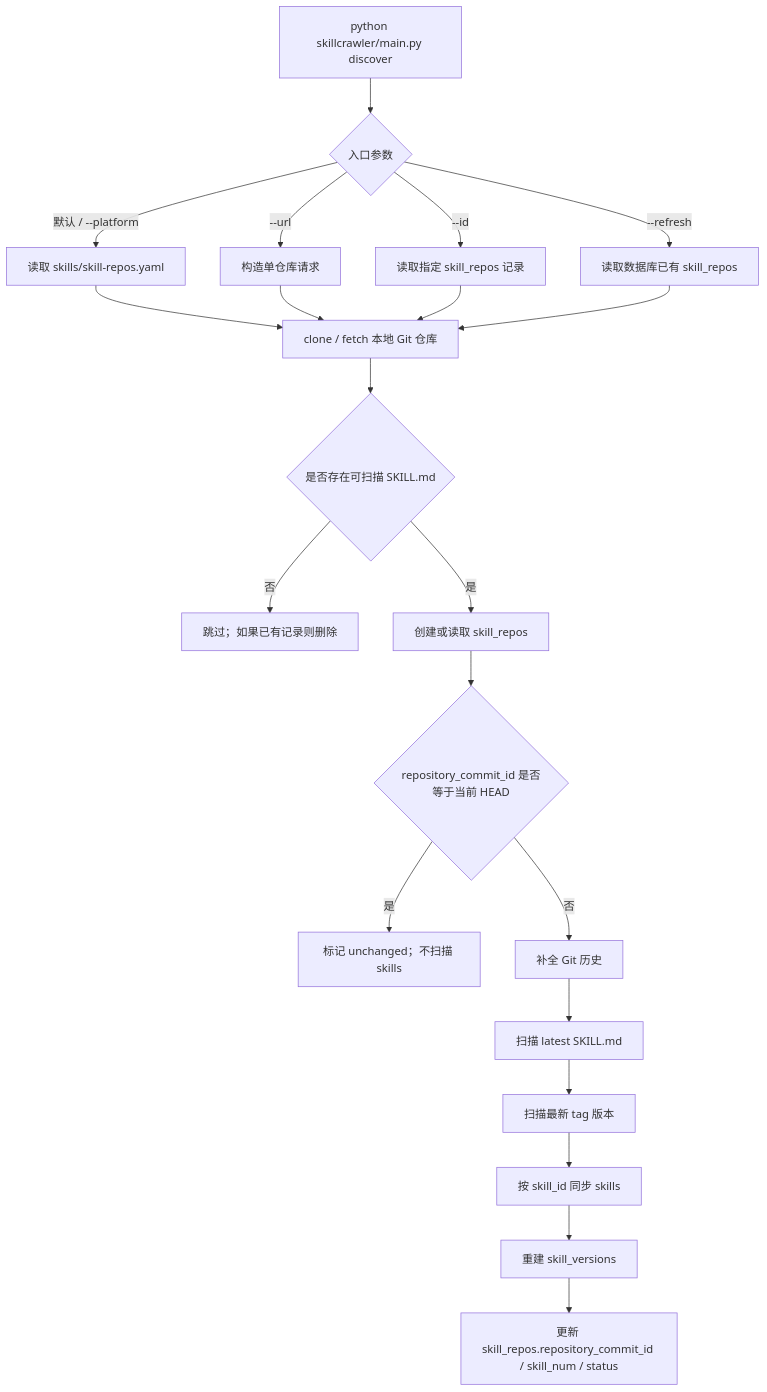
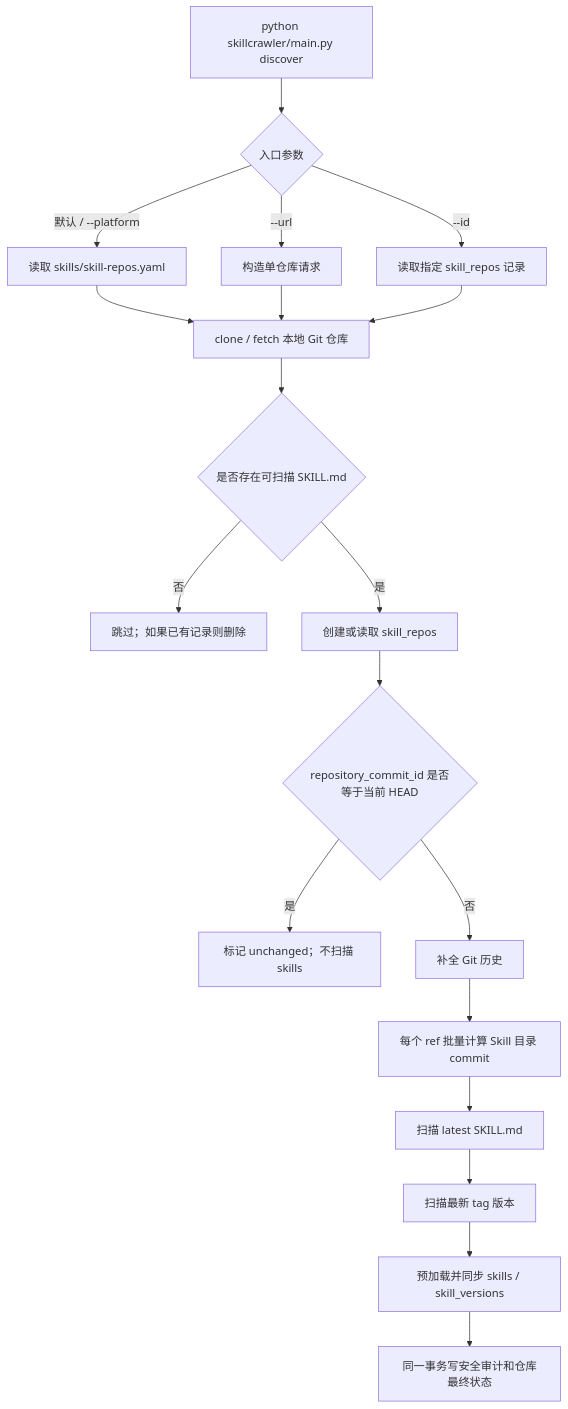
One commit to openeuler-mirror/wittyhub changed the first of 3 diagrams in skillcrawler/README.md. Above: the diagram before and after it, drawn with Mermaid. The commit also changed other lines of this file and 1 other file, not shown here.

Commit message:
refactor(skillcrawler): 移除 discover 的 --refresh 选项及相关逻辑
移除了用于刷新数据库已有仓库的 --refresh 选项、对应的处理函数、表格输出和文档说明，简化了发现流程并清理了未使用的代码路径。

````diff
--- a/skillcrawler/README.md
+++ b/skillcrawler/README.md
@@ -228,27 +220,25 @@
 ```mermaid
 flowchart TD
     A[python skillcrawler/main.py discover] --> B{入口参数}
     B -->|默认 / --platform| C[读取 skills/skill-repos.yaml]
     B -->|--url| D[构造单仓库请求]
     B -->|--id| E[读取指定 skill_repos 记录]
-    B -->|--refresh| F[读取数据库已有 skill_repos]
 
     C --> G[clone / fetch 本地 Git 仓库]
     D --> G
     E --> G
-    F --> G
 
     G --> H{是否存在可扫描 SKILL.md}
     H -->|否| I[跳过；如果已有记录则删除]
     H -->|是| J[创建或读取 skill_repos]
 
     J --> K{repository_commit_id 是否等于当前 HEAD}
     K -->|是| L[标记 unchanged；不扫描 skills]
     K -->|否| M[补全 Git 历史]
 
-    M --> N[扫描 latest SKILL.md]
-    N --> O[扫描最新 tag 版本]
-    O --> P[按 skill_id 同步 skills]
-    P --> Q[重建 skill_versions]
-    Q --> R[更新 skill_repos.repository_commit_id / skill_num / status]
+    M --> N[每个 ref 批量计算 Skill 目录 commit]
+    N --> O[扫描 latest SKILL.md]
+    O --> P[扫描最新 tag 版本]
+    P --> Q[预加载并同步 skills / skill_versions]
+    Q --> R[同一事务写安全审计和仓库最终状态]
 ```
````
